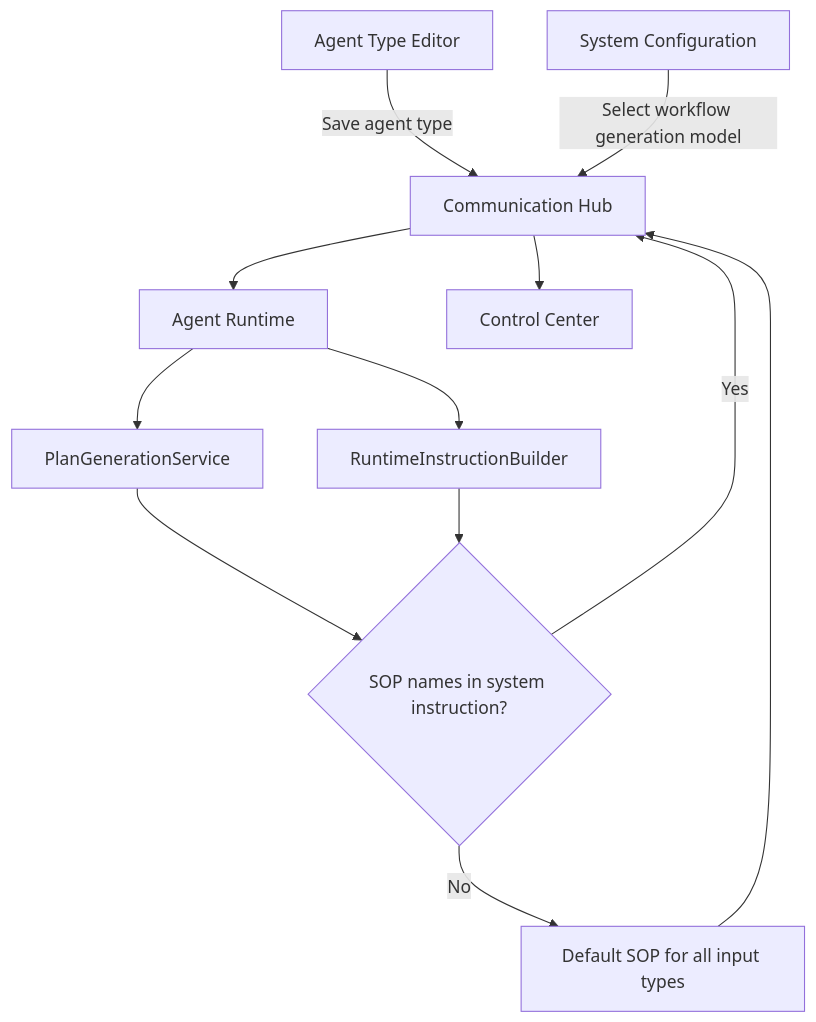
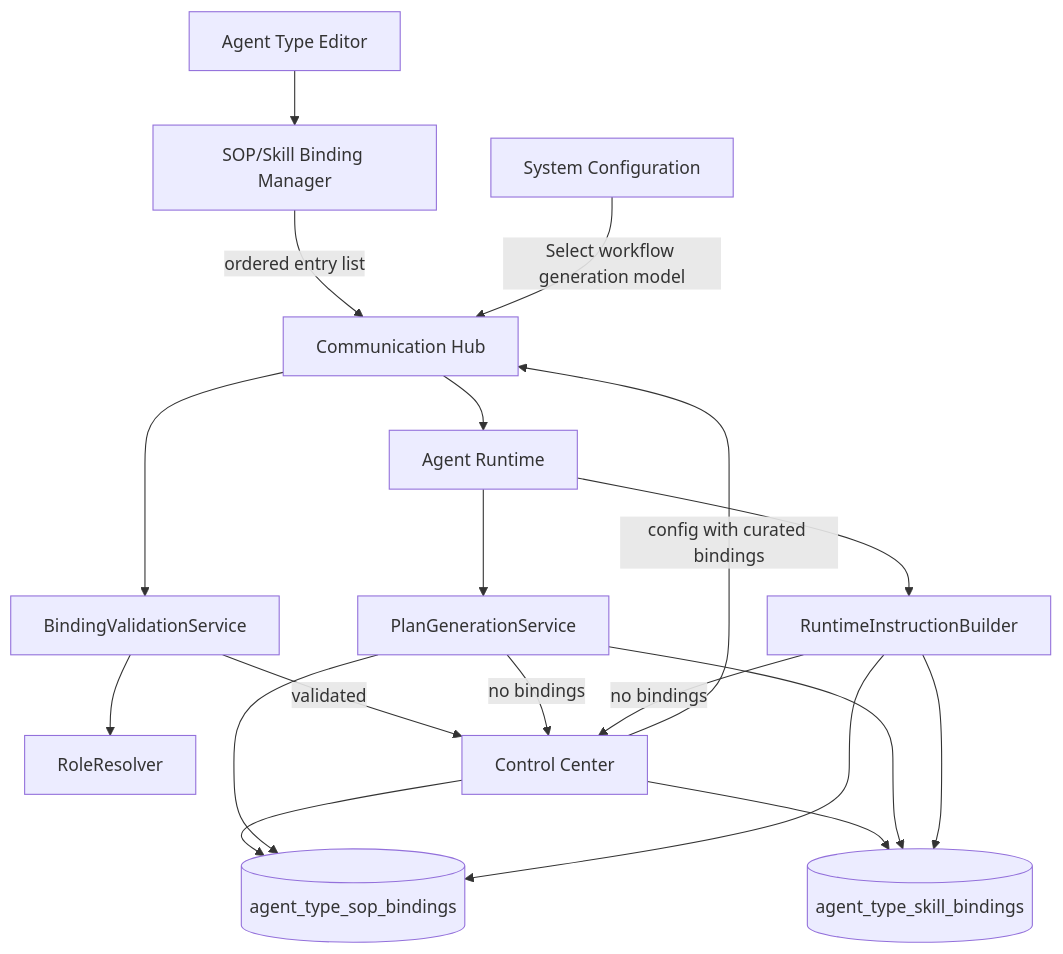
Before and after one commit to hurungang/parthenon: the first of 2 diagrams in docs/master/architecture/modules/agent-types.md, drawn with Mermaid. The commit also changed other lines of this file and 109 other files, not shown here.

Commit message:
feat: navigation reorg and multi sop binding

````diff
--- a/docs/master/architecture/modules/agent-types.md
+++ b/docs/master/architecture/modules/agent-types.md
@@ -3,24 +3,34 @@
 ```mermaid
 flowchart TB
     ATE[Agent Type Editor]
+    BME[SOP/Skill Binding Manager]
     CFG[System Configuration]
     AR[Agent Runtime]
     PGS[PlanGenerationService]
     RIB[RuntimeInstructionBuilder]
-    SOP{SOP names in system instruction?}
-    DSOP[Default SOP for all input types]
+    BVS[BindingValidationService]
+    RR[RoleResolver]
+    ASB[(agent_type_sop_bindings)]
+    AKB[(agent_type_skill_bindings)]
     CH[Communication Hub]
     CC[Control Center]
 
-    ATE -->|Save agent type| CH
+    ATE --> BME
+    BME -->|ordered entry list| CH
     CFG -->|Select workflow generation model| CH
+    CH --> BVS
+    BVS --> RR
+    BVS -->|validated| CC
+    CC --> ASB
+    CC --> AKB
+    CC -->|config with curated bindings| CH
     CH --> AR
     AR --> PGS
     AR --> RIB
-    PGS --> SOP
-    RIB --> SOP
-    SOP -->|No| DSOP
-    SOP -->|Yes| CH
-    DSOP --> CH
-    CH --> CC
+    PGS --> ASB
+    PGS --> AKB
+    RIB --> ASB
+    RIB --> AKB
+    PGS -->|no bindings| CC
+    RIB -->|no bindings| CC
 ```
````
